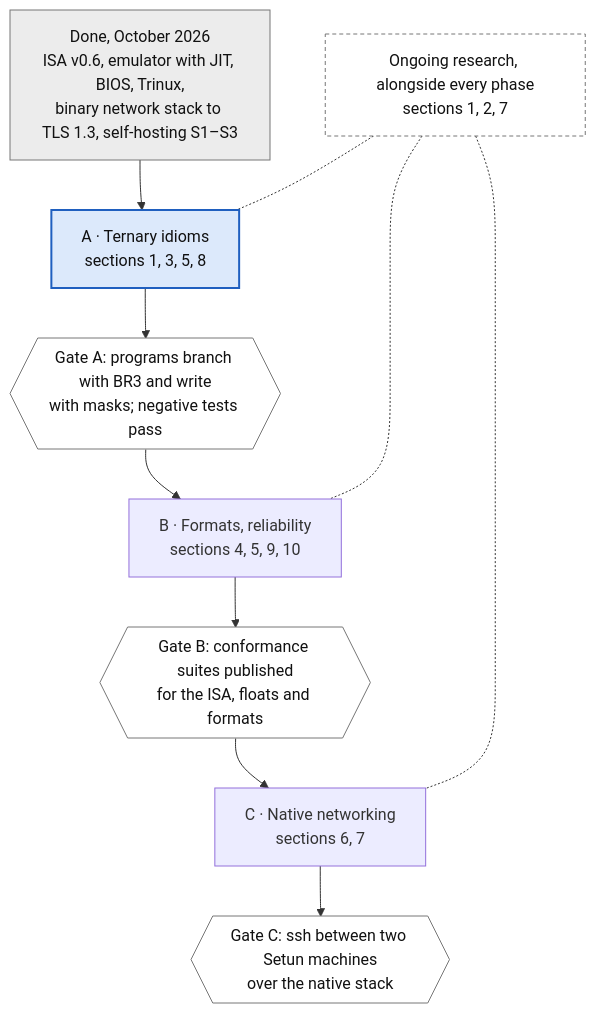
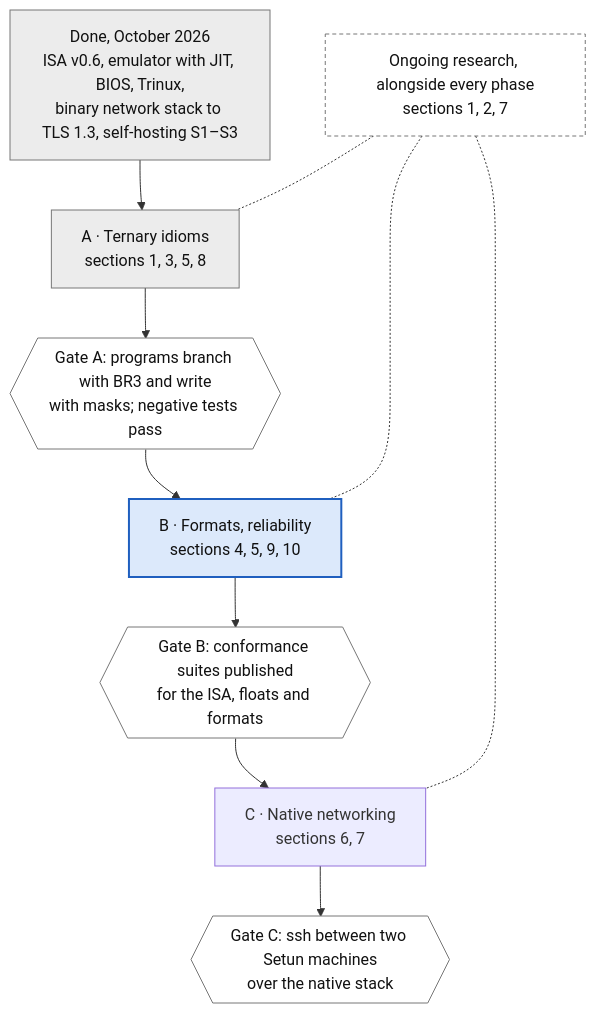
The second of 2 diagrams in docs/TERNARY_WORLD.md (darkclad/Setun), drawn with Mermaid before and after one commit. The commit also changed other lines of this file and 8 other files, not shown here.

````diff
--- a/docs/TERNARY_WORLD.md
+++ b/docs/TERNARY_WORLD.md
@@ -238,23 +238,24 @@
 ```mermaid
 flowchart TB
     D["Done, October 2026<br/>ISA v0.6, emulator with JIT, BIOS, Trinux,<br/>binary network stack to TLS 1.3, self-hosting S1–S3"]
     A["A · Ternary idioms<br/>sections 1, 3, 5, 8"]
     GA{{"Gate A: programs branch with BR3 and write<br/>with masks; negative tests pass"}}
     B["B · Formats, reliability<br/>sections 4, 5, 9, 10"]
     GB{{"Gate B: conformance suites published<br/>for the ISA, floats and formats"}}
     C["C · Native networking<br/>sections 6, 7"]
     GC{{"Gate C: ssh between two Setun machines<br/>over the native stack"}}
     R["Ongoing research, alongside every phase<br/>sections 1, 2, 7"]
     D --> A --> GA --> B --> GB --> C --> GC
     R -.- A
     R -.- B
     R -.- C
     classDef done fill:#ececec,stroke:#777,color:#111
     classDef next fill:#dce9fb,stroke:#1f5fbf,color:#111,stroke-width:2px
     classDef gate fill:#fff,stroke:#777,color:#111
     classDef research fill:#fff,stroke:#777,color:#111,stroke-dasharray:4 3
     class D done
-    class A next
+    class A done
+    class B next
     class GA,GB,GC gate
     class R research
 ```
````
